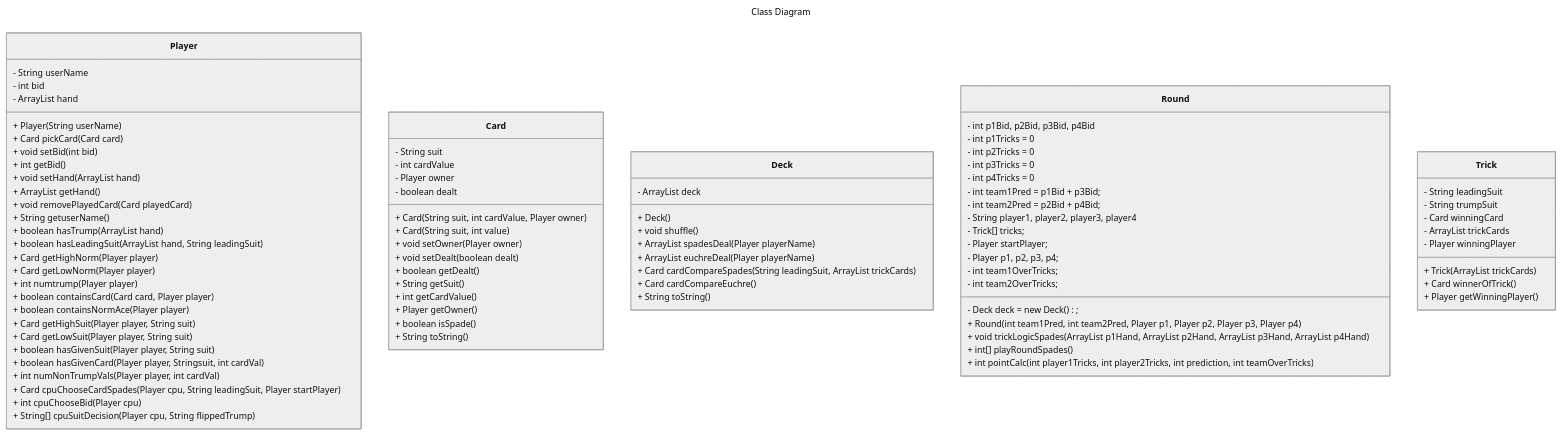
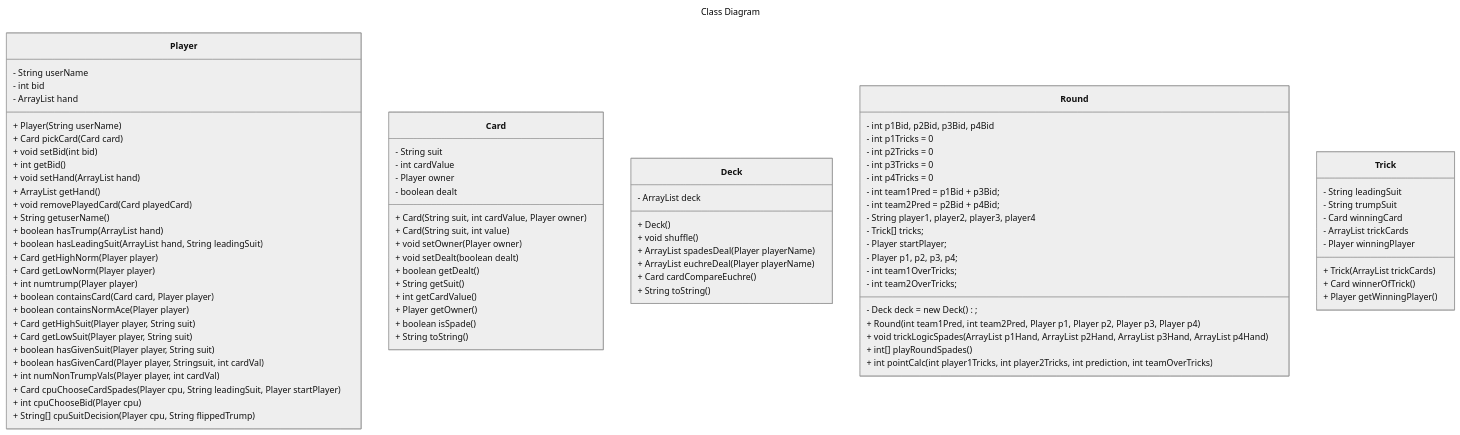
Before and after one commit to NellyBoi18/Deckd-Out: the second of 5 diagrams in README.md, drawn with Mermaid (neutral theme).

Commit message:
Update Deck class diagram

```diff
--- a/README.md
+++ b/README.md
@@ -283,7 +283,6 @@
         + void shuffle()
         + ArrayList<Card> spadesDeal(Player playerName)
         + ArrayList<Card> euchreDeal(Player playerName)
-        + Card cardCompareSpades(String leadingSuit, ArrayList<Card> trickCards)
         + Card cardCompareEuchre()
         + String toString()
     }
```
